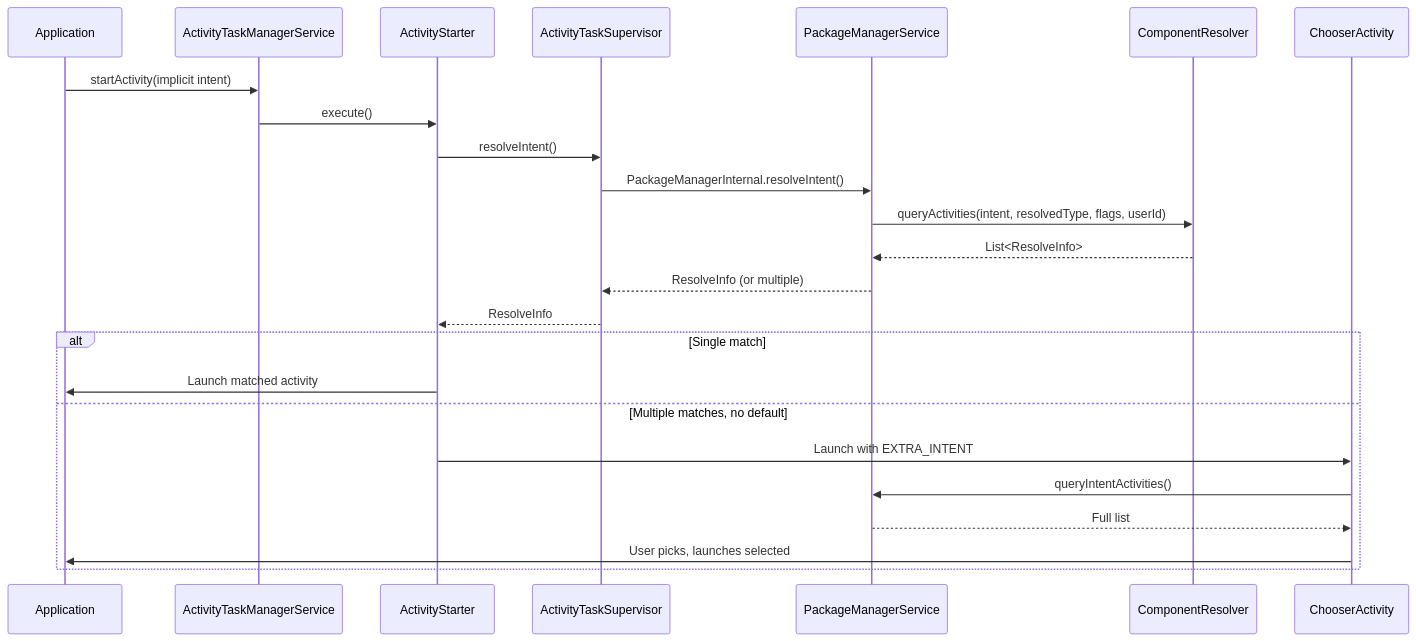
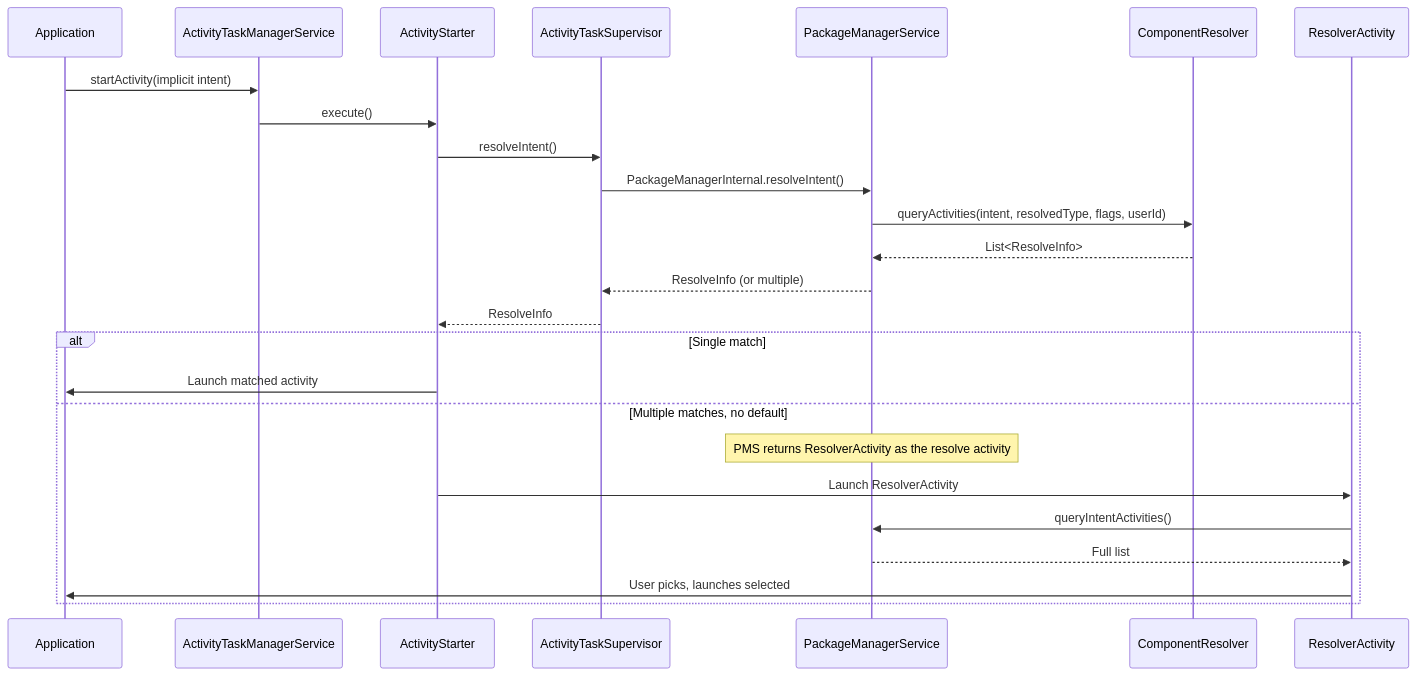
One commit to aospbooks/aosp-internal-book changed the seventh of 31 diagrams in 21-intent-system.md. Above: the diagram before and after it, drawn with Mermaid. The commit also changed other lines of this file and 218 other files, not shown here.

````diff
--- a/21-intent-system.md
+++ b/21-intent-system.md
@@ -901,27 +918,28 @@
 ```mermaid
 sequenceDiagram
     participant App as Application
     participant ATMS as ActivityTaskManagerService
     participant AS as ActivityStarter
     participant ATS as ActivityTaskSupervisor
     participant PMS as PackageManagerService
     participant CR as ComponentResolver
-    participant Chooser as ChooserActivity
+    participant Resolver as ResolverActivity
 
     App->>ATMS: startActivity(implicit intent)
     ATMS->>AS: execute()
     AS->>ATS: resolveIntent()
     ATS->>PMS: PackageManagerInternal.resolveIntent()
     PMS->>CR: queryActivities(intent, resolvedType, flags, userId)
     CR-->>PMS: List<ResolveInfo>
     PMS-->>ATS: ResolveInfo (or multiple)
     ATS-->>AS: ResolveInfo
     alt Single match
         AS->>App: Launch matched activity
     else Multiple matches, no default
-        AS->>Chooser: Launch with EXTRA_INTENT
-        Chooser->>PMS: queryIntentActivities()
-        PMS-->>Chooser: Full list
-        Chooser->>App: User picks, launches selected
+        Note over PMS: PMS returns ResolverActivity as the resolve activity
+        AS->>Resolver: Launch ResolverActivity
+        Resolver->>PMS: queryIntentActivities()
+        PMS-->>Resolver: Full list
+        Resolver->>App: User picks, launches selected
     end
 ```
````
